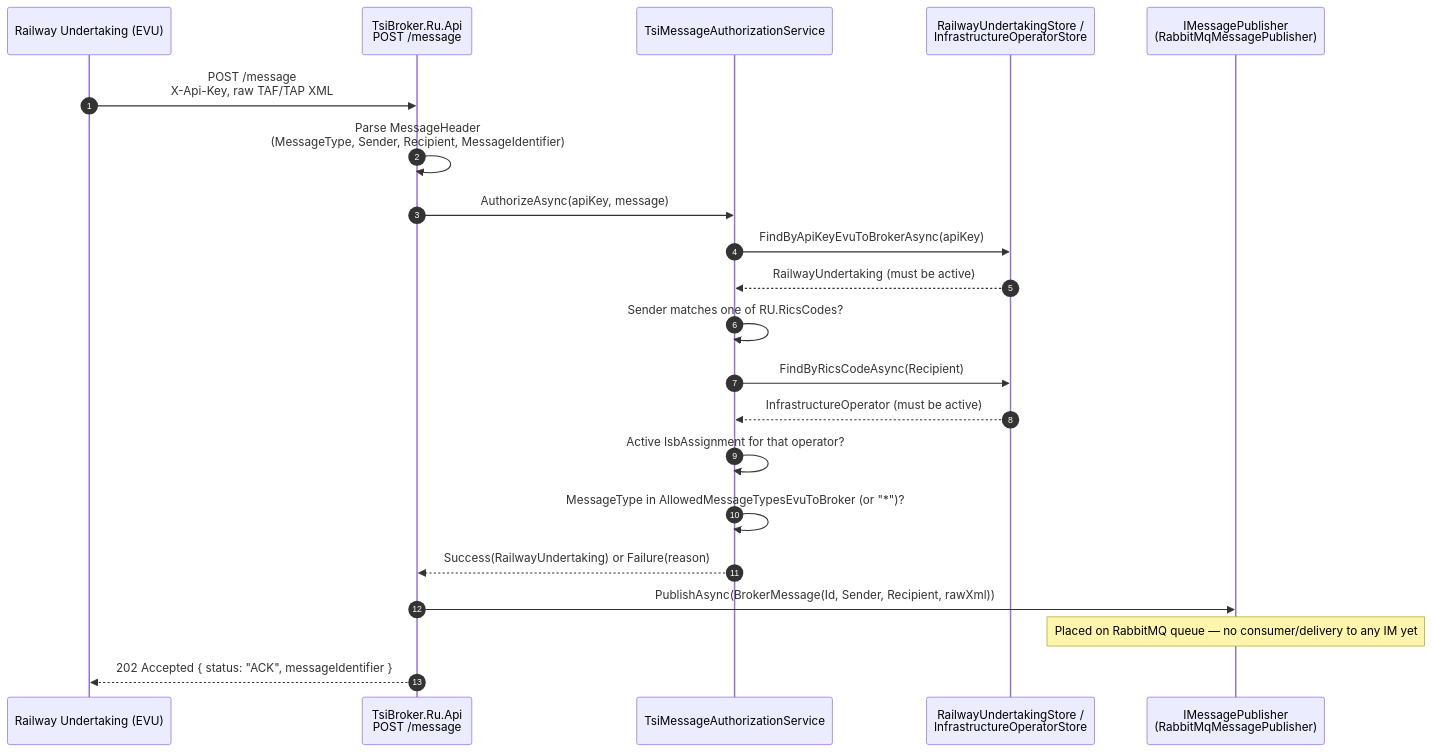
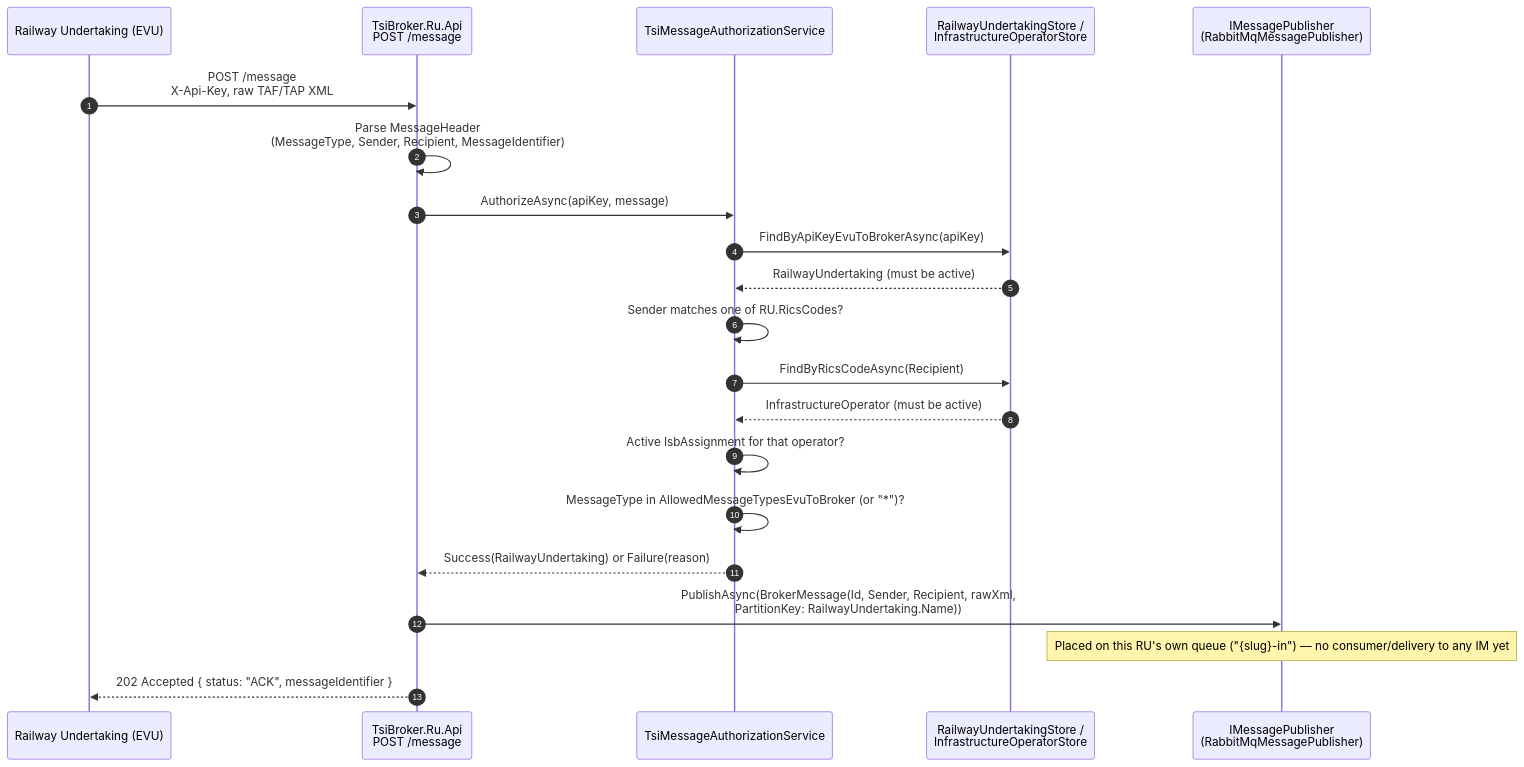
One commit to AmIHang/TsiBroker-V2 changed the first of 3 diagrams in wiki/Business-Flow.md. Above: the diagram before and after it, drawn with Mermaid. The commit also changed other lines of this file and 14 other files, not shown here.

````diff
--- a/wiki/Business-Flow.md
+++ b/wiki/Business-Flow.md
@@ -11,24 +11,24 @@
 ```mermaid
 sequenceDiagram
     autonumber
     participant RU as Railway Undertaking (EVU)
     participant RuApi as TsiBroker.Ru.Api<br/>POST /message
     participant Auth as TsiMessageAuthorizationService
     participant Store as RailwayUndertakingStore /<br/>InfrastructureOperatorStore
     participant Pub as IMessagePublisher<br/>(RabbitMqMessagePublisher)
 
     RU->>RuApi: POST /message<br/>X-Api-Key, raw TAF/TAP XML
     RuApi->>RuApi: Parse MessageHeader<br/>(MessageType, Sender, Recipient, MessageIdentifier)
     RuApi->>Auth: AuthorizeAsync(apiKey, message)
     Auth->>Store: FindByApiKeyEvuToBrokerAsync(apiKey)
     Store-->>Auth: RailwayUndertaking (must be active)
     Auth->>Auth: Sender matches one of RU.RicsCodes?
     Auth->>Store: FindByRicsCodeAsync(Recipient)
     Store-->>Auth: InfrastructureOperator (must be active)
     Auth->>Auth: Active IsbAssignment for that operator?
     Auth->>Auth: MessageType in AllowedMessageTypesEvuToBroker (or "*")?
     Auth-->>RuApi: Success(RailwayUndertaking) or Failure(reason)
-    RuApi->>Pub: PublishAsync(BrokerMessage(Id, Sender, Recipient, rawXml))
-    Note over Pub: Placed on RabbitMQ queue — no consumer/delivery to any IM yet
+    RuApi->>Pub: PublishAsync(BrokerMessage(Id, Sender, Recipient, rawXml,<br/>PartitionKey: RailwayUndertaking.Name))
+    Note over Pub: Placed on this RU's own queue ("{slug}-in") — no consumer/delivery to any IM yet
     RuApi-->>RU: 202 Accepted { status: "ACK", messageIdentifier }
 ```
````
